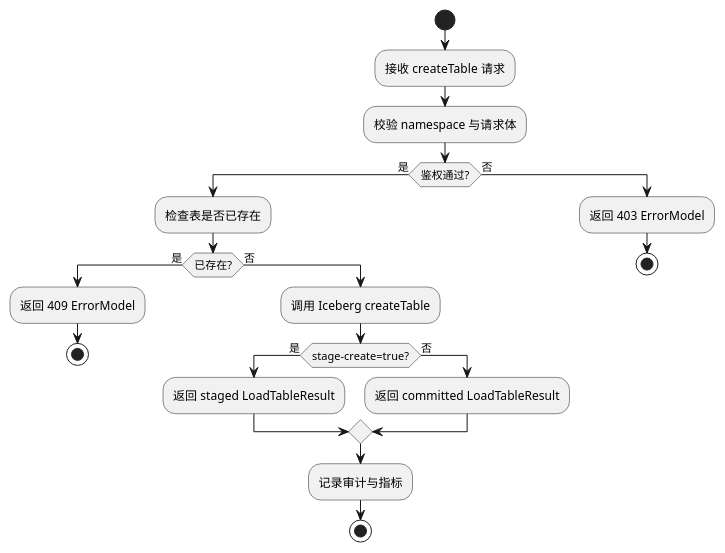
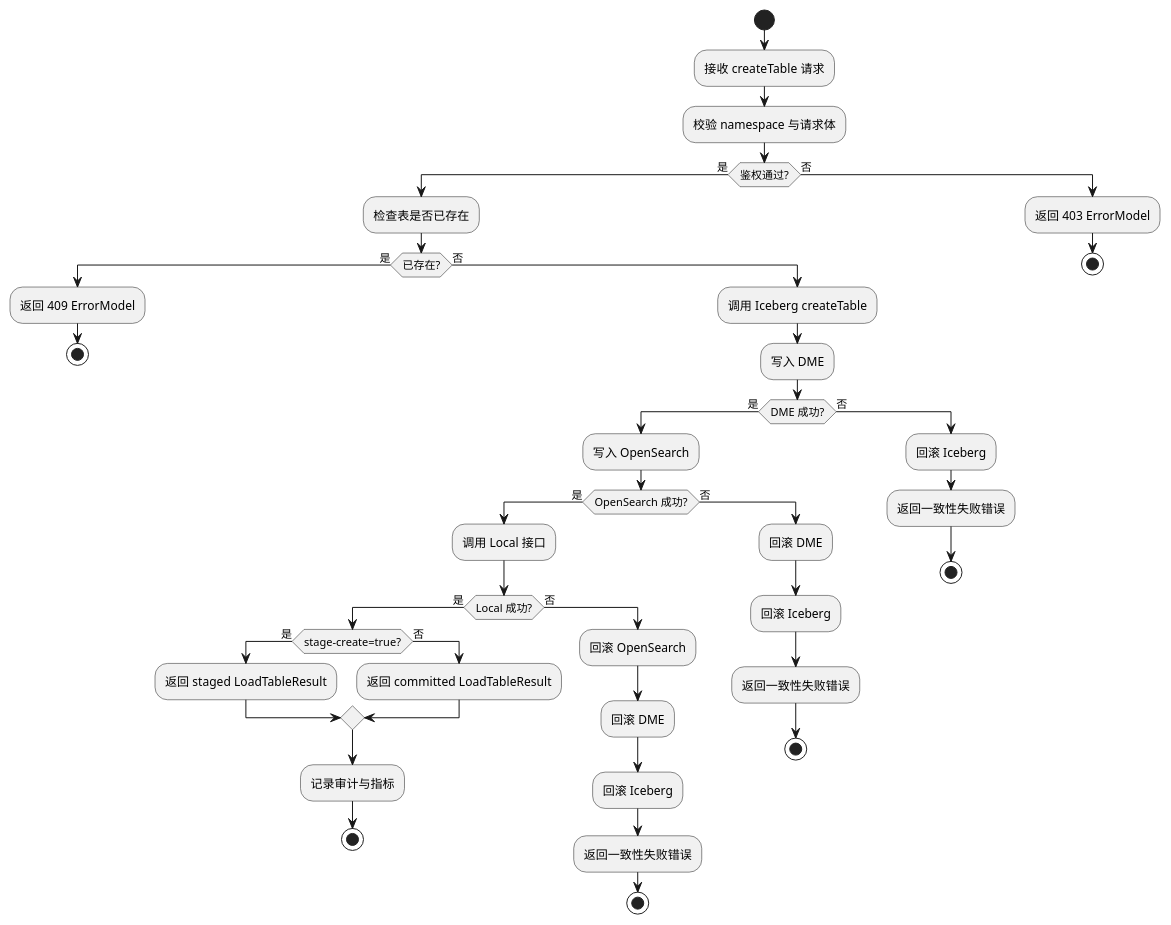
Diagram 11 of 17 in Iceberg_Table接口能力_软件实现设计说明书.md (jingwang-0415/codex), drawn with PlantUML before and after one commit. The commit also changed other lines of this file, not shown here.

Commit message:
Add saga-based consistency design to Iceberg table spec

````diff
--- a/Iceberg_Table接口能力_软件实现设计说明书.md
+++ b/Iceberg_Table接口能力_软件实现设计说明书.md
@@ -947,26 +1167,50 @@
 ```plantuml
 @startuml
 start
 :接收 createTable 请求;
 :校验 namespace 与请求体;
 if (鉴权通过?) then (是)
   :检查表是否已存在;
   if (已存在?) then (是)
     :返回 409 ErrorModel;
     stop
   else (否)
     :调用 Iceberg createTable;
-    if (stage-create=true?) then (是)
-      :返回 staged LoadTableResult;
+    :写入 DME;
+    if (DME 成功?) then (是)
+      :写入 OpenSearch;
+      if (OpenSearch 成功?) then (是)
+        :调用 Local 接口;
+        if (Local 成功?) then (是)
+          if (stage-create=true?) then (是)
+            :返回 staged LoadTableResult;
+          else (否)
+            :返回 committed LoadTableResult;
+          endif
+          :记录审计与指标;
+          stop
+        else (否)
+          :回滚 OpenSearch;
+          :回滚 DME;
+          :回滚 Iceberg;
+          :返回一致性失败错误;
+          stop
+        endif
+      else (否)
+        :回滚 DME;
+        :回滚 Iceberg;
+        :返回一致性失败错误;
+        stop
+      endif
     else (否)
-      :返回 committed LoadTableResult;
+      :回滚 Iceberg;
+      :返回一致性失败错误;
+      stop
     endif
-    :记录审计与指标;
-    stop
   endif
 else (否)
   :返回 403 ErrorModel;
   stop
 endif
 @enduml
 ```
````
